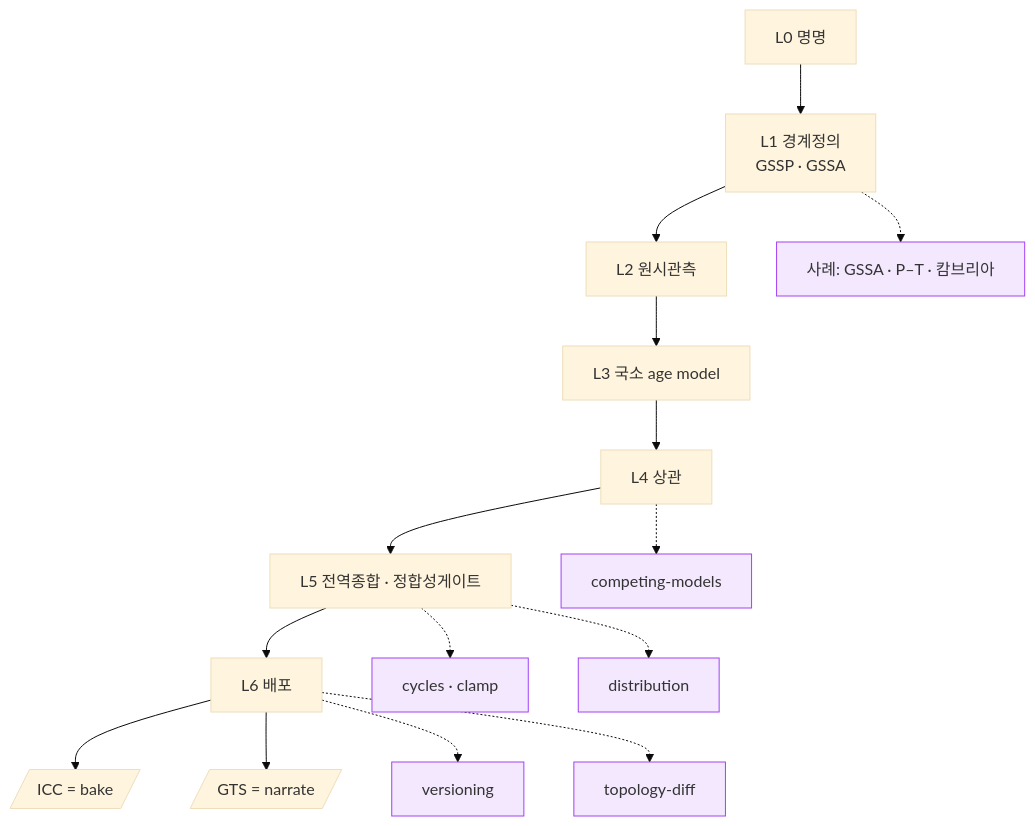
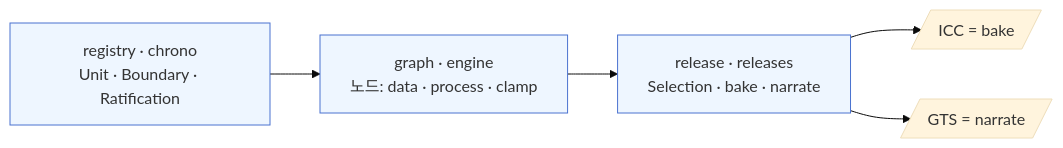
Before and after one commit to jikhanjung/cdGTS: the diagram in docs/concept-map.md, drawn with Mermaid (base theme). The commit also changed other lines of this file and 5 other files, not shown here.

````diff
--- a/docs/concept-map.md
+++ b/docs/concept-map.md
@@ -26,19 +36,9 @@
 ```mermaid
-flowchart TD
-  L0[L0 명명] --> L1[L1 경계정의<br/>GSSP · GSSA]
-  L1 --> L2[L2 원시관측]
-  L2 --> L3[L3 국소 age model]
-  L3 --> L4[L4 상관]
-  L4 --> L5[L5 전역종합 · 정합성게이트]
-  L5 --> L6[L6 배포]
-  L6 --> ICC[/ICC = bake/]
-  L6 --> GTS[/GTS = narrate/]
-
-  L1 -.-> CASE[사례: GSSA · P–T · 캄브리아]:::d
-  L4 -.-> CM[competing-models]:::d
-  L5 -.-> CYC[cycles · clamp]:::d
-  L5 -.-> DIST[distribution]:::d
-  L6 -.-> VER[versioning]:::d
-  L6 -.-> TD[topology-diff]:::d
-  classDef d fill:#f3e8fd,stroke:#a142f4;
+flowchart LR
+  R["registry · chrono<br/>Unit · Boundary · Ratification"] --> G["graph · engine<br/>노드: data · process · clamp"]
+  G --> L["release · releases<br/>Selection · bake · narrate"]
+  L --> ICC[/ICC = bake/]
+  L --> GTS[/GTS = narrate/]
+  classDef t fill:#eef6ff,stroke:#4a72d0;
+  class R,G,L t;
 ```
````
